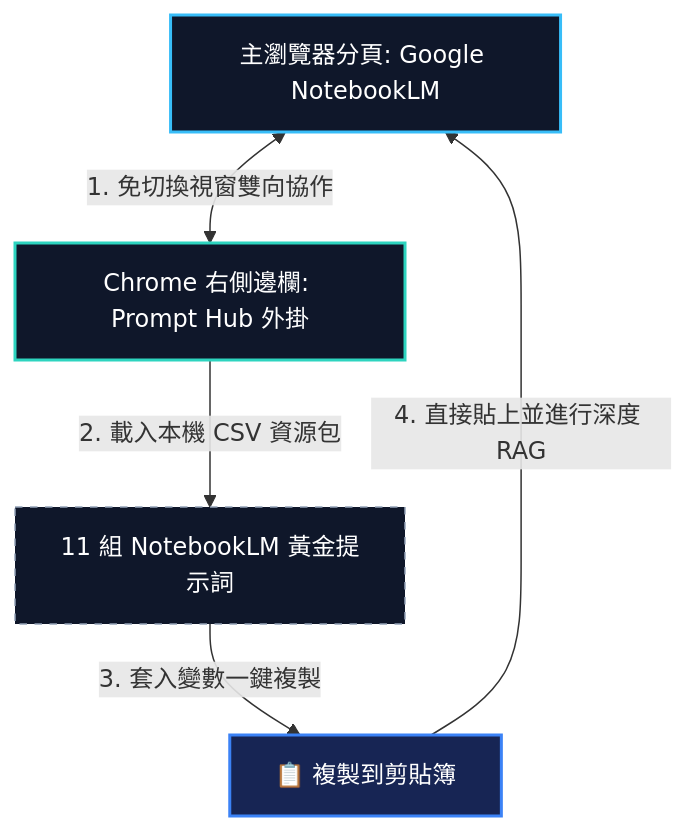
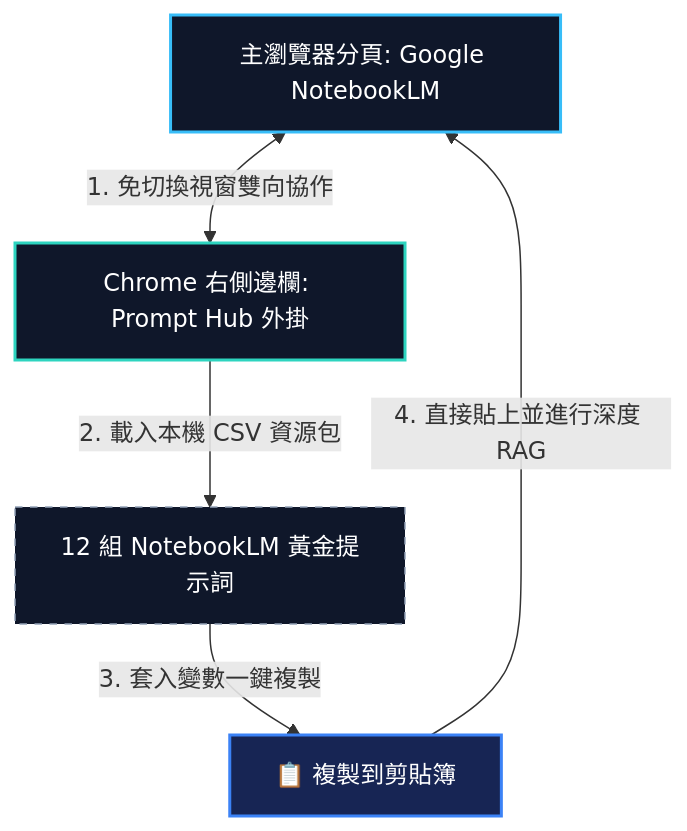
Before and after one commit to falo-chinese/skyline-class: the diagram in class2/part6/prompt_hub_guide.md, drawn with Mermaid. The commit also changed other lines of this file and 26 other files, not shown here.

````diff
--- a/class2/part6/prompt_hub_guide.md
+++ b/class2/part6/prompt_hub_guide.md
@@ -32,12 +32,12 @@
 ```mermaid
 flowchart TD
     A[主瀏覽器分頁: Google NotebookLM] <-->|1. 免切換視窗雙向協作| B[Chrome 右側邊欄: Prompt Hub 外掛]
-    B -->|2. 載入本機 CSV 資源包| C[11 組 NotebookLM 黃金提示詞]
+    B -->|2. 載入本機 CSV 資源包| C[12 組 NotebookLM 黃金提示詞]
     C -->|3. 套入變數一鍵複製| D[📋 複製到剪貼簿]
     D -->|4. 直接貼上並進行深度 RAG| A
     
     style A fill:#0f172a,stroke:#38bdf8,stroke-width:2px,color:#fff
     style B fill:#0f172a,stroke:#2dd4bf,stroke-width:2px,color:#fff
     style C fill:#0f172a,stroke:#94a3b8,stroke-dasharray: 5 5,color:#fff
     style D fill:#172554,stroke:#3b82f6,stroke-width:2px,color:#fff
 ```
````
